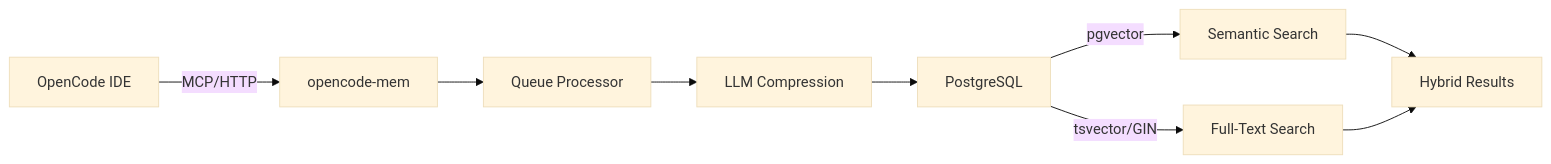
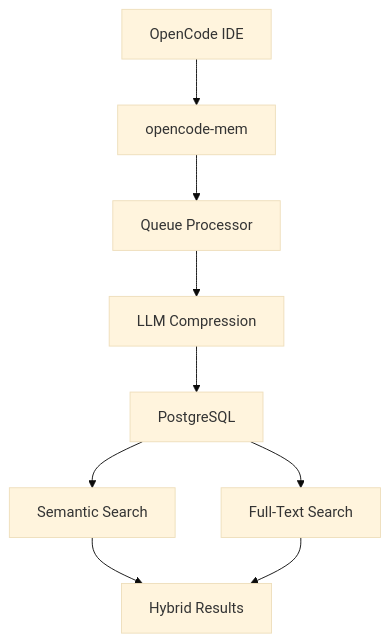
The diagram in README.md (Stranmor/opencode-mem), drawn with Mermaid (base theme) before and after one commit. The commit also changed other lines of this file, not shown here.

Commit message:
fix: README rendering issues — Mermaid diagram, tables, badges, code blocks

````diff
--- a/README.md
+++ b/README.md
@@ -50,11 +50,11 @@
 ```mermaid
-graph LR
-    A["OpenCode IDE"] -->|"MCP/HTTP"| B["opencode-mem"]
-    B --> C["Queue Processor"]
-    C --> D["LLM Compression"]
-    D --> E["PostgreSQL"]
-    E -->|"pgvector"| F["Semantic Search"]
-    E -->|"tsvector/GIN"| G["Full-Text Search"]
-    F --> H["Hybrid Results"]
+graph TD
+    A[OpenCode IDE] --> B[opencode-mem]
+    B --> C[Queue Processor]
+    C --> D[LLM Compression]
+    D --> E[PostgreSQL]
+    E --> F[Semantic Search]
+    E --> G[Full-Text Search]
+    F --> H[Hybrid Results]
     G --> H
 ```
````
